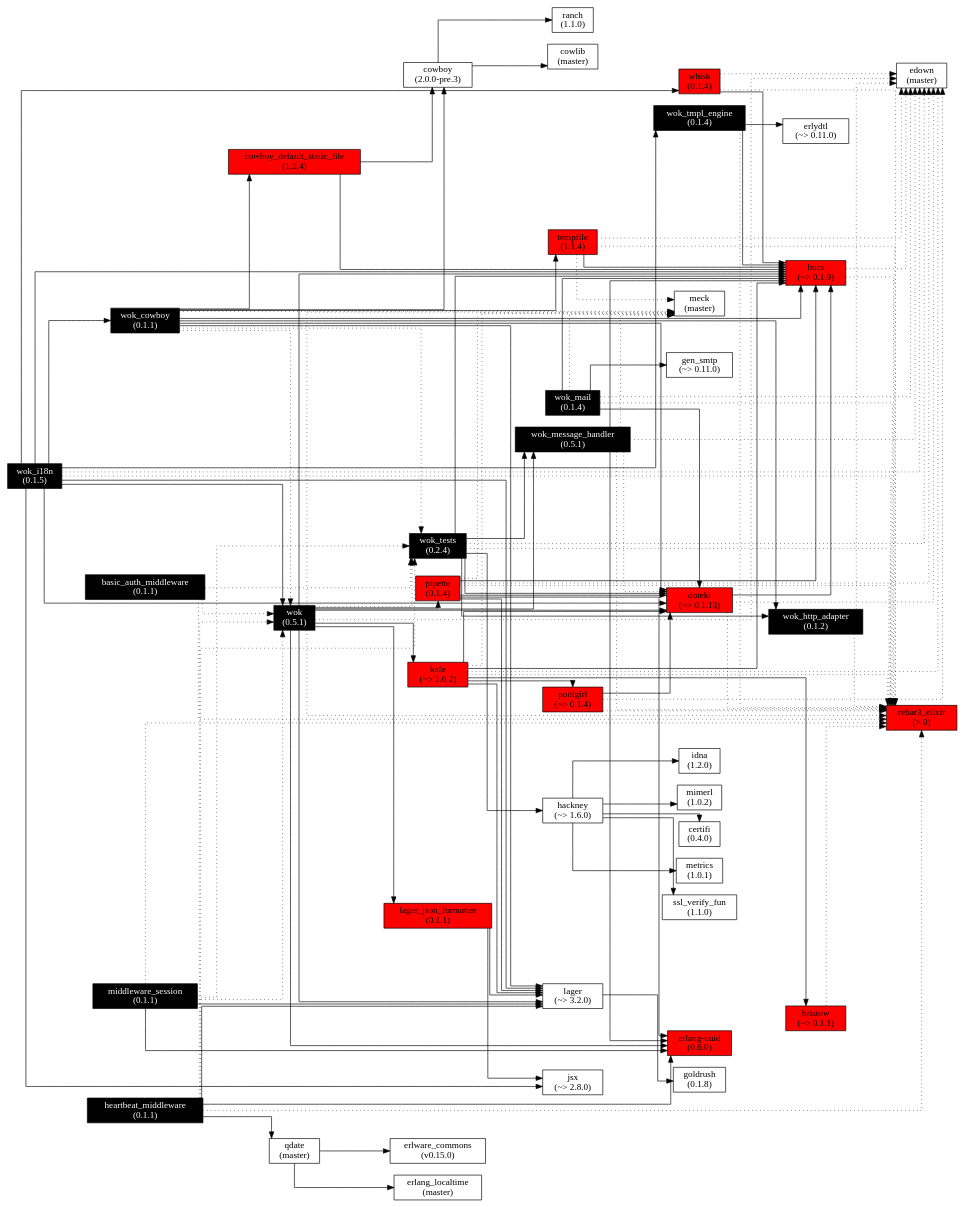
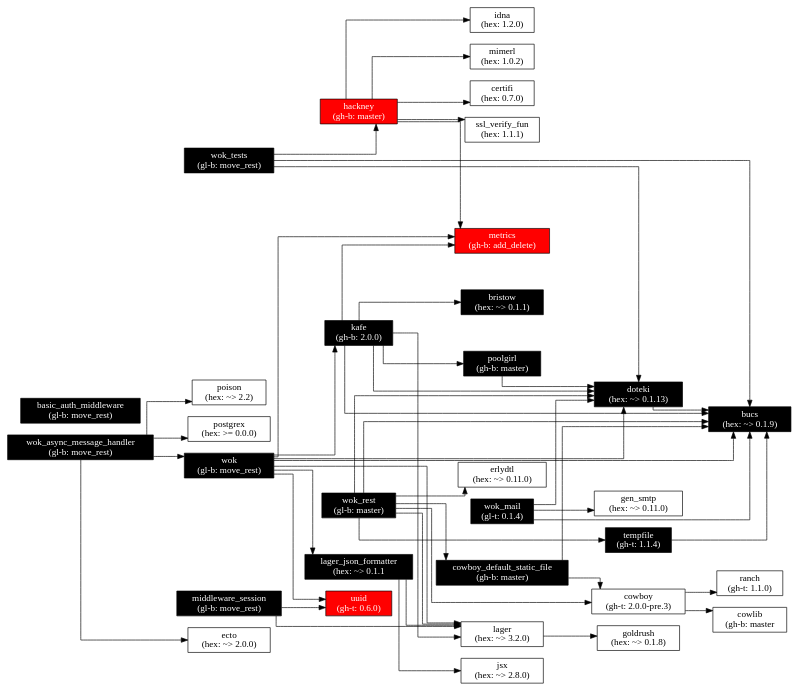
The diagram in images/wok.deps.gv (botsunit/wok), drawn with Graphviz before and after one commit. The commit also changed 3 other files, not shown here.

Commit message:
Update deps graph

```diff
--- a/images/wok.deps.gv
+++ b/images/wok.deps.gv
@@ -1,194 +1,158 @@
 digraph wok_deps {
   node[shape=box];
   graph[
     remincross=true;
     splines=ortho;
     rankdir=LR;
-  ]
+  ];
 
-  wok_http_adapter[label="wok_http_adapter\n(0.1.2)", fontcolor="white", style="filled", fillcolor="black"];
-  bucs[label="bucs\n(~> 0.1.9)", style="filled", fillcolor="red"];
-  bristow[label="bristow\n(~> 0.1.1)", style="filled", fillcolor="red"];
-  uuid[label="erlang-uuid\n(0.6.0)", style="filled", fillcolor="red"];
-  doteki[label="doteki\n(~> 0.1.13)", style="filled", fillcolor="red"];
-  wok_tmpl_engine[label="wok_tmpl_engine\n(0.1.4)", fontcolor="white", style="filled", fillcolor="black"];
-  whisk[label="whisk\n(0.1.4)", style="filled", fillcolor="red"];
-  tempfile[label="tempfile\n(1.1.4)", style="filled", fillcolor="red"];
-  wok_mail[label="wok_mail\n(0.1.4)", fontcolor="white", style="filled", fillcolor="black"];
-  poolgirl[label="poolgirl\n(~> 0.1.4)", style="filled", fillcolor="red"];
-  wok_message_handler[label="wok_message_handler\n(0.5.1)", fontcolor="white", style="filled", fillcolor="black"];
-  lager_json_formatter[label="lager_json_formatter\n(0.1.1)", style="filled", fillcolor="red"];
-  pipette[label="pipette\n(0.1.4)", style="filled", fillcolor="red"];
-  kafe[label="kafe\n(~> 1.6.2)", style="filled", fillcolor="red"];
-  wok_tests[label="wok_tests\n(0.2.4)", fontcolor="white", style="filled", fillcolor="black"];
-  cowboy_default_static_file[label="cowboy_default_static_file\n(1.2.4)", style="filled", fillcolor="red"];
-
-  wok[label="wok\n(0.5.1)", fontcolor="white", style="filled", fillcolor="black"];
-
-  middleware_session[label="middleware_session\n(0.1.1)", fontcolor="white", style="filled", fillcolor="black"];
-  heartbeat_middleware[label="heartbeat_middleware\n(0.1.1)", fontcolor="white", style="filled", fillcolor="black"];
-  basic_auth_middleware[label="basic_auth_middleware\n(0.1.1)", fontcolor="white", style="filled", fillcolor="black"];
-  wok_cowboy[label="wok_cowboy\n(0.1.1)", fontcolor="white", style="filled", fillcolor="black"];
-  wok_i18n[label="wok_i18n\n(0.1.5)", fontcolor="white", style="filled", fillcolor="black"];
-
-  lager[label="lager\n(~> 3.2.0)"];
-  cowboy[label="cowboy\n(2.0.0-pre.3)"];
-  rebar3_elixir[label="rebar3_elixir\n(> 0)", style="filled", fillcolor="red"];
-  meck[label="meck\n(master)"];
-  edown[label="edown\n(master)"];
-  goldrush[label="goldrush\n(0.1.8)"];
-  jsx[label="jsx\n(~> 2.8.0)"];
-  cowlib[label="cowlib\n(master)"];
-  ranch[label="ranch\n(1.1.0)"];
-  hackney[label="hackney\n(~> 1.6.0)"];
-  idna[label="idna\n(1.2.0)"];
-  mimerl[label="mimerl\n(1.0.2)"];
-  certifi[label="certifi\n(0.4.0)"];
-  metrics[label="metrics\n(1.0.1)"];
-  ssl_verify_fun[label="ssl_verify_fun\n(1.1.0)"];
-  gen_smtp[label="gen_smtp\n(~> 0.11.0)"];
-  erlydtl[label="erlydtl\n(~> 0.11.0)"];
-  qdate[label="qdate\n(master)"];
-  erlware_commons[label="erlware_commons\n(v0.15.0)"];
-  erlang_localtime[label="erlang_localtime\n(master)"];
+  wok[label="wok\n(gl-b: move_rest)",
+      fontcolor="white",
+      style="filled",
+      fillcolor="black"];
+  lager[label="lager\n(hex: ~> 3.2.0)"];
+  lager_json_formatter[label="lager_json_formatter\n(hex: ~> 0.1.1",
+                       fontcolor="white",
+                       style="filled"
+                       fillcolor="black"];
+  kafe[label="kafe\n(gh-b: 2.0.0)",
+       fontcolor="white",
+       style="filled",
+       fillcolor="black"];
+  bucs[label="bucs\n(hex: ~> 0.1.9)",
+       fontcolor="white",
+       style="filled",
+       fillcolor="black"];
+  doteki[label="doteki\n(hex: ~> 0.1.13)",
+         fontcolor="white",
+         style="filled",
+         fillcolor="black"];
+  uuid[label="uuid\n(gh-t: 0.6.0)"
+       fontcolor="white",
+       style="filled",
+       fillcolor="red"];
+  metrics[label="metrics\n(gh-b: add_delete)",
+          fontcolor="white",
+          style="filled",
+          fillcolor="red"];
+  goldrush[label="goldrush\n(hex: ~> 0.1.8)"];
+  jsx[label="jsx\n(hex: ~> 2.8.0)"];
+  poolgirl[label="poolgirl\n(gh-b: master)",
+           fontcolor="white",
+           style="filled",
+           fillcolor="black"];
+  bristow[label="bristow\n(hex: ~> 0.1.1)",
+          fontcolor="white",
+          style="filled",
+          fillcolor="black"];
+  wok_rest[label="wok_rest\n(gl-b: master)",
+           fontcolor="white",
+           style="filled",
+           fillcolor="black"];
+  cowboy_default_static_file[label="cowboy_default_static_file\n(gh-b: master)",
+                             fontcolor="white",
+                             style="filled",
+                             fillcolor="black"];
+  cowboy[label="cowboy\n(gh-t: 2.0.0-pre.3)"];
+  tempfile[label="tempfile\n(gh-t: 1.1.4)",
+           fontcolor="white",
+           style="filled",
+           fillcolor="black"];
+  erlydtl[label="erlydtl\n(hex: ~> 0.11.0)"];
+  cowlib[label="cowlib\n(gh-b: master"];
+  ranch[label="ranch\n(gh-t: 1.1.0)"];
+  wok_tests[label="wok_tests\n(gl-b: move_rest)",
+            fontcolor="white",
+            style="filled",
+            fillcolor="black"];
+  hackney[label="hackney\n(gh-b: master)",
+          fontcolor="white",
+          style="filled",
+          fillcolor="red"];
+  idna[label="idna\n(hex: 1.2.0)"];
+  mimerl[label="mimerl\n(hex: 1.0.2)"];
+  certifi[label="certifi\n(hex: 0.7.0)"];
+  ssl_verify_fun[label="ssl_verify_fun\n(hex: 1.1.1)"];
+  wok_mail[label="wok_mail\n(gl-t: 0.1.4)",
+            fontcolor="white",
+            style="filled",
+            fillcolor="black"];
+  gen_smtp[label="gen_smtp\n(hex: ~> 0.11.0)"];
+  middleware_session[label="middleware_session\n(gl-b: move_rest)",
+                     fontcolor="white",
+                     style="filled",
+                     fillcolor="black"];
+  basic_auth_middleware[label="basic_auth_middleware\n(gl-b: move_rest)",
+                        fontcolor="white",
+                        style="filled",
+                        fillcolor="black"];
+  wok_async_message_handler[label="wok_async_message_handler\n(gl-b: move_rest)",
+                            fontcolor="white",
+                            style="filled",
+                            fillcolor="black"];
+  postgrex[label="postgrex\n(hex: >= 0.0.0)"];
+  ecto[label="ecto\n(hex: ~> 2.0.0)"];
+  poison[label="poison\n(hex: ~> 2.2)"];
 
   wok -> lager;
-  wok -> lager_json_formatter
-  wok -> wok_message_handler;
-  wok -> pipette;
+  wok -> lager_json_formatter;
   wok -> kafe;
   wok -> bucs;
   wok -> doteki;
   wok -> uuid;
-  wok-> rebar3_elixir[style=dotted];
-  wok -> meck[style=dotted];
-  wok -> wok_tests[style=dotted];
-  wok -> edown[style=dotted];
+  wok -> metrics;
 
-  wok_cowboy -> lager;
-  wok_cowboy -> wok_http_adapter;
-  wok_cowboy -> cowboy;
-  wok_cowboy -> cowboy_default_static_file;
-  wok_cowboy -> bucs;
-  wok_cowboy -> doteki;
-  wok_cowboy -> tempfile;
-  wok_cowboy -> meck[style=dotted];
-  wok_cowboy -> wok_tests[style=dotted];
-  wok_cowboy -> wok[style=dotted];
+  wok_rest -> lager;
+  wok_rest -> cowboy_default_static_file;
+  wok_rest -> cowboy;
+  wok_rest -> bucs;
+  wok_rest -> doteki;
+  wok_rest -> tempfile;
+  wok_rest -> erlydtl;
 
   lager -> goldrush;
 
   lager_json_formatter -> lager;
   lager_json_formatter -> jsx;
 
-  wok_http_adapter -> edown[style=dotted];
-  wok_http_adapter -> rebar3_elixir[style=dotted];
-
-  wok_message_handler -> bucs;
-  wok_message_handler -> uuid;
-  wok_message_handler -> meck[style=dotted];
-  wok_message_handler -> doteki[style=dotted];
-  wok_message_handler -> edown[style=dotted];
-  wok_message_handler -> rebar3_elixir[style=dotted];
-
-  pipette -> lager;
-  pipette -> bucs;
-  pipette -> doteki;
-  pipette -> uuid;
-  pipette -> meck[style=dotted];
-  pipette -> edown[style=dotted];
-  pipette -> rebar3_elixir[style=dotted];
-
   kafe -> lager;
   kafe -> bucs;
   kafe -> doteki;
   kafe -> poolgirl;
   kafe -> bristow;
-  kafe -> meck[style=dotted];
-  kafe -> edown[style=dotted];
-  kafe -> rebar3_elixir[style=dotted];
+  kafe -> metrics;
 
-  bristow -> rebar3_elixir[style=dotted];
+  doteki -> bucs;
+
+  poolgirl -> doteki;
+
+  cowboy_default_static_file -> cowboy;
+  cowboy_default_static_file -> bucs;
 
   cowboy -> cowlib;
   cowboy -> ranch;
 
-  cowboy_default_static_file -> bucs;
-  cowboy_default_static_file -> cowboy;
-
-  bucs -> edown[style=dotted];
-  bucs -> rebar3_elixir[style=dotted];
-
-  doteki -> bucs;
-  doteki -> edown[style=dotted];
-  doteki -> rebar3_elixir[style=dotted];
-
   tempfile -> bucs;
-  tempfile -> meck[style=dotted];
-  tempfile -> edown[style=dotted];
-  tempfile -> rebar3_elixir[style=dotted];
 
   wok_tests -> bucs;
-  wok_tests -> wok_http_adapter;
-  wok_tests -> wok_message_handler;
   wok_tests -> doteki;
   wok_tests -> hackney;
-  wok_tests -> edown[style=dotted];
-  wok_tests -> rebar3_elixir[style=dotted];
-
-  poolgirl -> doteki;
-  poolgirl -> edown[style=dotted];
-  poolgirl -> rebar3_elixir[style=dotted];
 
   hackney -> idna;
   hackney -> mimerl;
   hackney -> certifi;
   hackney -> metrics;
   hackney -> ssl_verify_fun;
 
   wok_mail -> bucs;
   wok_mail -> doteki;
   wok_mail -> gen_smtp;
-  wok_mail -> meck[style=dotted];
-  wok_mail -> edown[style=dotted];
-  wok_mail -> rebar3_elixir[style=dotted];
-
-  wok_i18n -> jsx;
-  wok_i18n -> lager;
-  wok_i18n -> wok_tmpl_engine;
-  wok_i18n -> whisk;
-  wok_i18n -> wok;
-  wok_i18n -> bucs;
-  wok_i18n -> doteki;
-  wok_i18n -> wok_cowboy;
-  wok_i18n -> edown[style=dotted];
-  wok_i18n -> rebar3_elixir[style=dotted];
-
-  wok_tmpl_engine -> bucs;
-  wok_tmpl_engine -> erlydtl;
-  wok_tmpl_engine -> rebar3_elixir[style=dotted];
-
-  whisk -> bucs;
-  whisk -> edown[style=dotted];
-  whisk -> rebar3_elixir[style=dotted];
-
-  basic_auth_middleware -> wok[style=dotted];
-  basic_auth_middleware -> wok_tests[style=dotted];
-  basic_auth_middleware -> rebar3_elixir[style=dotted];
 
   middleware_session -> lager;
   middleware_session -> uuid;
-  middleware_session -> wok[style=dotted];
-  middleware_session -> wok_tests[style=dotted];
-  middleware_session -> rebar3_elixir[style=dotted];
 
-  heartbeat_middleware -> lager;
-  heartbeat_middleware -> uuid;
-  heartbeat_middleware -> qdate;
-  heartbeat_middleware -> wok[style=dotted];
-  heartbeat_middleware -> wok_tests[style=dotted];
-  heartbeat_middleware -> rebar3_elixir[style=dotted];
-
-  qdate -> erlware_commons;
-  qdate -> erlang_localtime;
+  wok_async_message_handler -> postgrex;
+  wok_async_message_handler -> ecto;
+  wok_async_message_handler -> poison;
+  wok_async_message_handler -> wok;
 }
```
